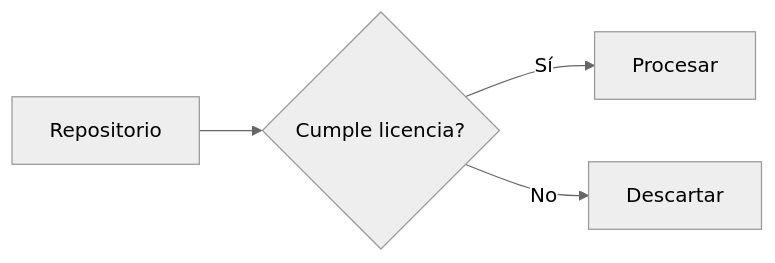
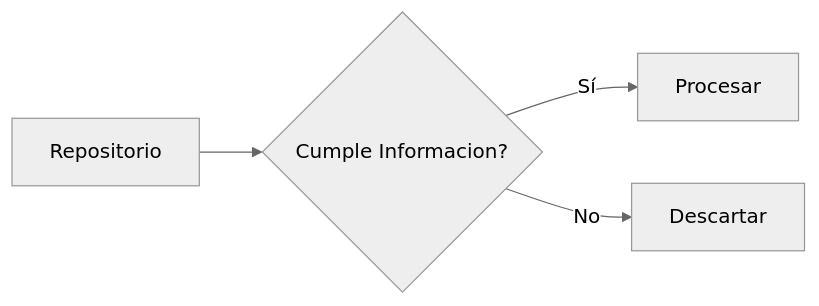
Before and after one commit to UPT-FAING-EPIS/proyecto-si885-2025-i-u1-hernandez_paja: the fourth of 13 diagrams in FD03-EPIS-Informe Especificación Requerimientos.md, drawn with Mermaid (neutral theme).

Commit message:
Update FD03

````diff
--- a/FD03-EPIS-Informe Especificación Requerimientos.md
+++ b/FD03-EPIS-Informe Especificación Requerimientos.md
@@ -207,6 +207,6 @@
 ```mermaid
 flowchart LR
-    A[Repositorio] --> B{Cumple licencia?}
+    A[Repositorio] --> B{Cumple Informacion?}
     B -->|Sí| C[Procesar]
     B -->|No| D[Descartar]
 ```
````
